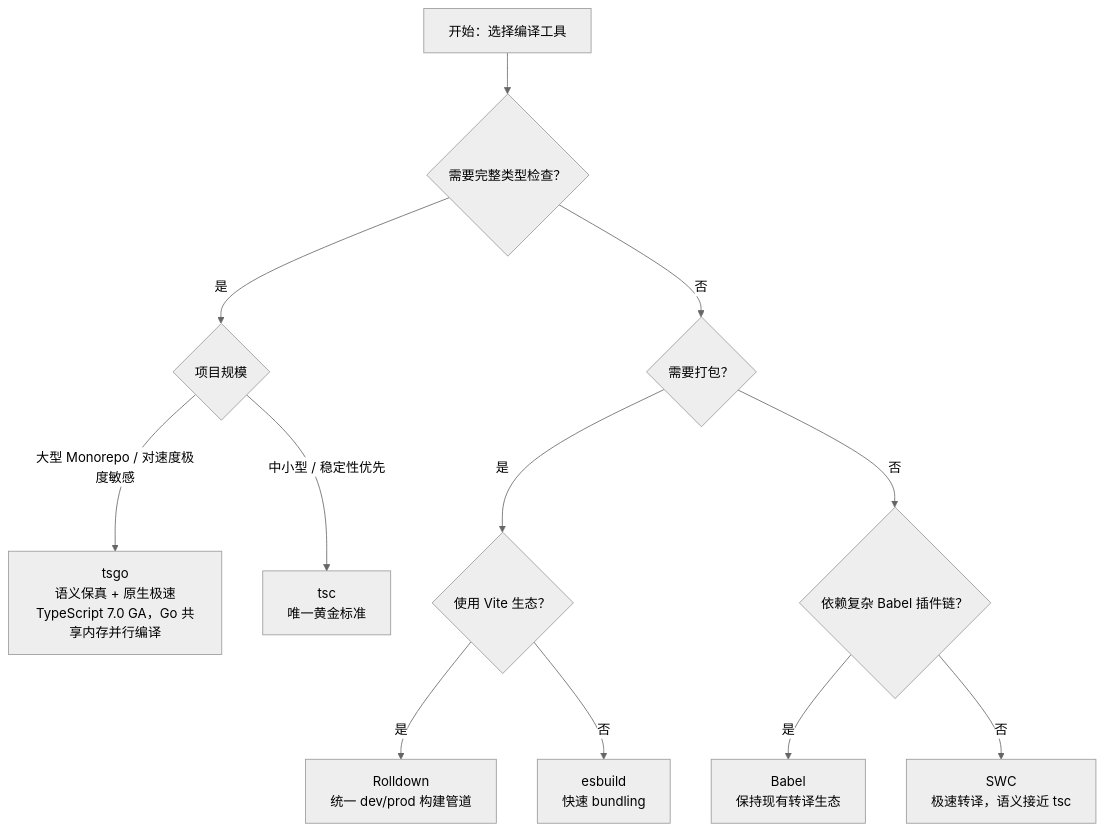
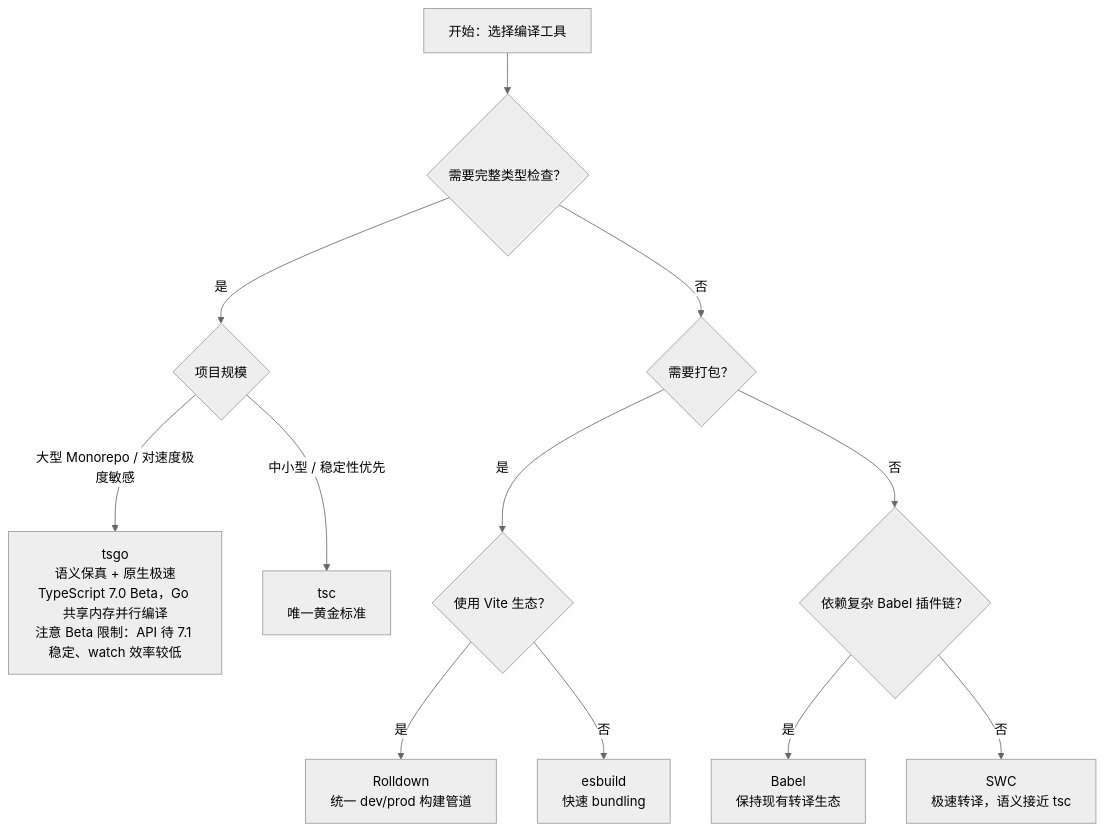
One commit to AdaMartin18010/JavaScriptTypeScript changed the diagram in docs/comparison-matrices/js-ts-compilers-compare.md. Above: the diagram before and after it, drawn with Mermaid (neutral theme). The commit also changed other lines of this file and 61 other files, not shown here.

````diff
--- a/docs/comparison-matrices/js-ts-compilers-compare.md
+++ b/docs/comparison-matrices/js-ts-compilers-compare.md
@@ -54,14 +97,14 @@
 ```mermaid
 flowchart TD
     A[开始：选择编译工具] --> B{需要完整类型检查？}
     B -->|是| C{项目规模}
-    C -->|大型 Monorepo / 对速度极度敏感| D[tsgo<br/>语义保真 + 原生极速<br/>TypeScript 7.0 GA，Go 共享内存并行编译]
+    C -->|大型 Monorepo / 对速度极度敏感| D[tsgo<br/>语义保真 + 原生极速<br/>TypeScript 7.0 Beta，Go 共享内存并行编译<br/>注意 Beta 限制：API 待 7.1 稳定、watch 效率较低]
     C -->|中小型 / 稳定性优先| E[tsc<br/>唯一黄金标准]
     B -->|否| F{需要打包？}
     F -->|是| G{使用 Vite 生态？}
     G -->|是| H[Rolldown<br/>统一 dev/prod 构建管道]
     G -->|否| I[esbuild<br/>快速 bundling]
     F -->|否| J{依赖复杂 Babel 插件链？}
     J -->|是| K[Babel<br/>保持现有转译生态]
     J -->|否| L[SWC<br/>极速转译，语义接近 tsc]
 ```
````
